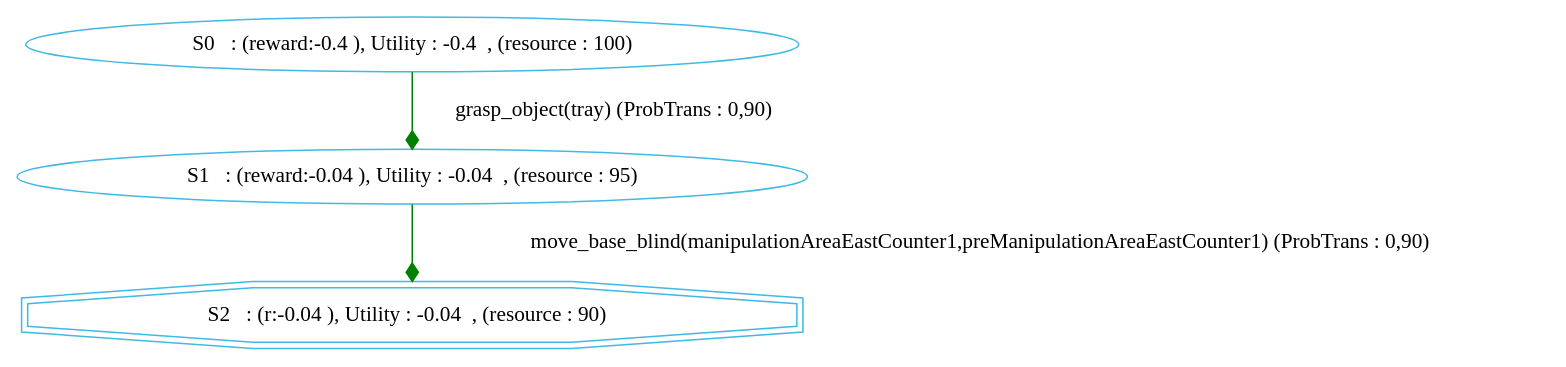
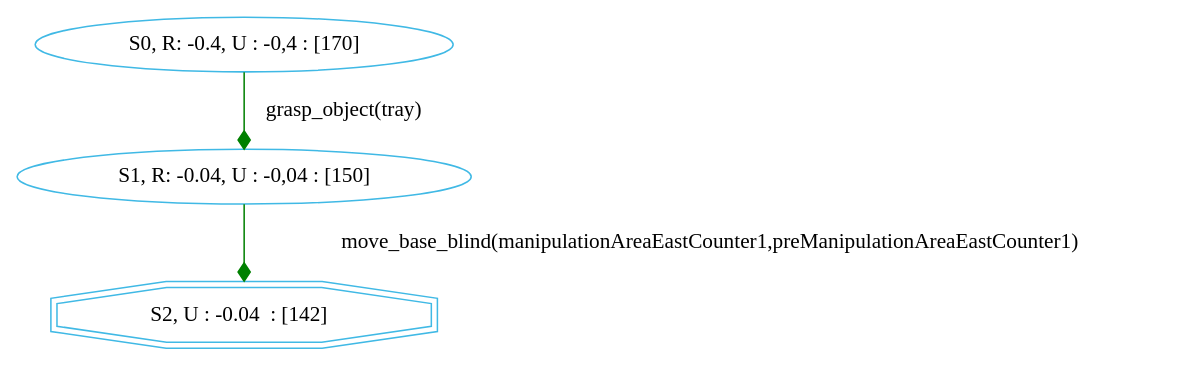
One commit to htiraHatem/CHIMP_MDP changed the diagram in chimp/src/main/java/examples/MDP/RACE/test_SpatialFluent_m_get_object.dot. Above: the diagram before and after it, drawn with Graphviz. The commit also changed 20 other files, not shown here.

```diff
--- a/chimp/src/main/java/examples/MDP/RACE/test_SpatialFluent_m_get_object.dot
+++ b/chimp/src/main/java/examples/MDP/RACE/test_SpatialFluent_m_get_object.dot
@@ -1,7 +1,7 @@
 digraph {
   node [color="#40b9e5" ]
  size="60,17";
-"2" [label=" S2   : (r:-0.04 ), Utility : -0.04  , (resource : 90)  " shape=doubleoctagon];
-"0" [label=" S0   : (reward:-0.4 ), Utility : -0.4  , (resource : 100) "]"1" [label=" S1   : (reward:-0.04 ), Utility : -0.04  , (resource : 95) "]"0" -> "1" [ label="grasp_object(tray) (ProbTrans : 0,90)"
-, arrowhead = diamond , color=green];"1" -> "2" [ label="move_base_blind(manipulationAreaEastCounter1,preManipulationAreaEastCounter1) (ProbTrans : 0,90)"
+"2" [label=" S2, U : -0.04  : [142]  " shape=doubleoctagon];
+"0" [label=" S0, R: -0.4, U : -0,4 : [170] "]"1" [label=" S1, R: -0.04, U : -0,04 : [150] "]"0" -> "1" [ label="grasp_object(tray)"
+, arrowhead = diamond , color=green];"1" -> "2" [ label="move_base_blind(manipulationAreaEastCounter1,preManipulationAreaEastCounter1)"
 , arrowhead = diamond , color=green];}
```
